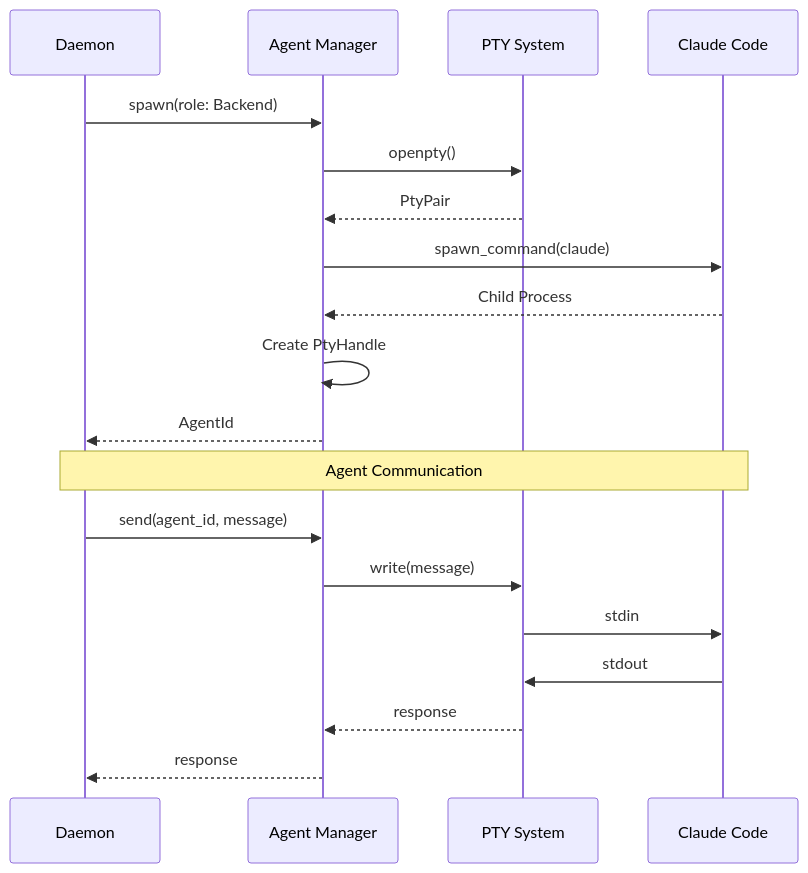
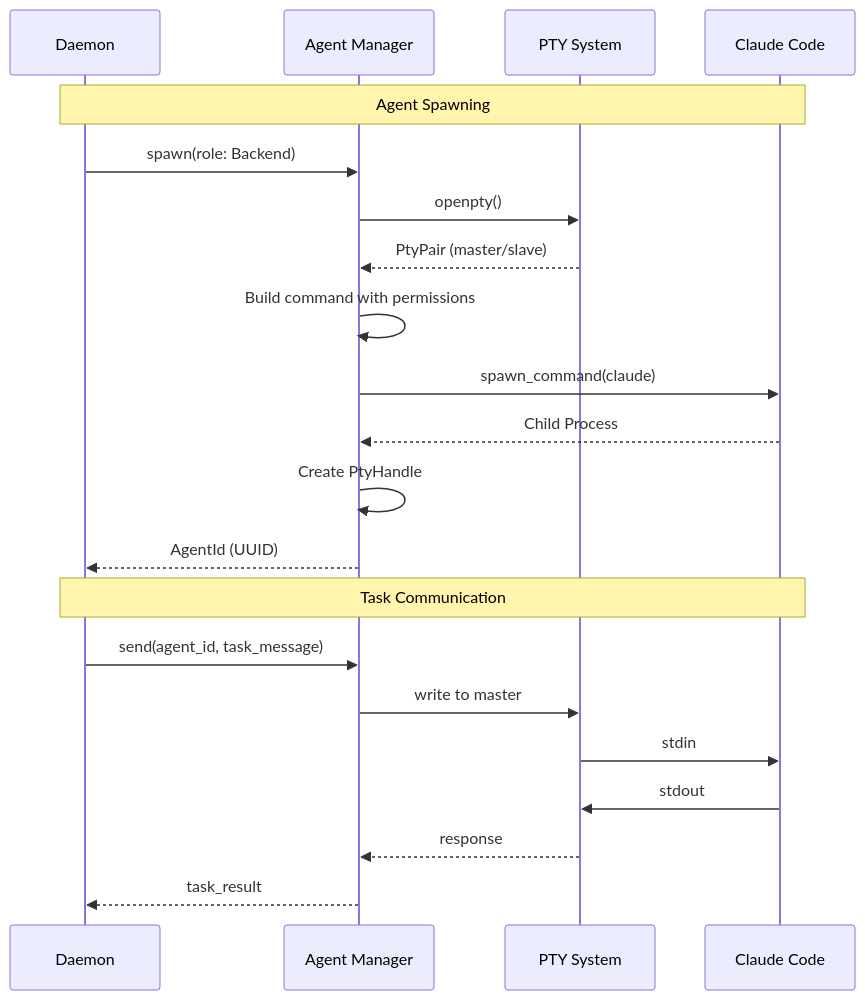
The fourth of 19 diagrams in docs/architecture.md (mjhcompany/cca), drawn with Mermaid before and after one commit. The commit also changed other lines of this file and 43 other files, not shown here.

````diff
--- a/docs/architecture.md
+++ b/docs/architecture.md
@@ -109,24 +204,25 @@
 ```mermaid
 sequenceDiagram
     participant D as Daemon
     participant AM as Agent Manager
     participant PTY as PTY System
     participant CC as Claude Code
 
+    Note over D,CC: Agent Spawning
     D->>AM: spawn(role: Backend)
     AM->>PTY: openpty()
-    PTY-->>AM: PtyPair
+    PTY-->>AM: PtyPair (master/slave)
+    AM->>AM: Build command with permissions
     AM->>CC: spawn_command(claude)
     CC-->>AM: Child Process
     AM->>AM: Create PtyHandle
-    AM-->>D: AgentId
+    AM-->>D: AgentId (UUID)
 
-    Note over D,CC: Agent Communication
-
-    D->>AM: send(agent_id, message)
-    AM->>PTY: write(message)
+    Note over D,CC: Task Communication
+    D->>AM: send(agent_id, task_message)
+    AM->>PTY: write to master
     PTY->>CC: stdin
     CC->>PTY: stdout
     PTY-->>AM: response
-    AM-->>D: response
+    AM-->>D: task_result
 ```
````
